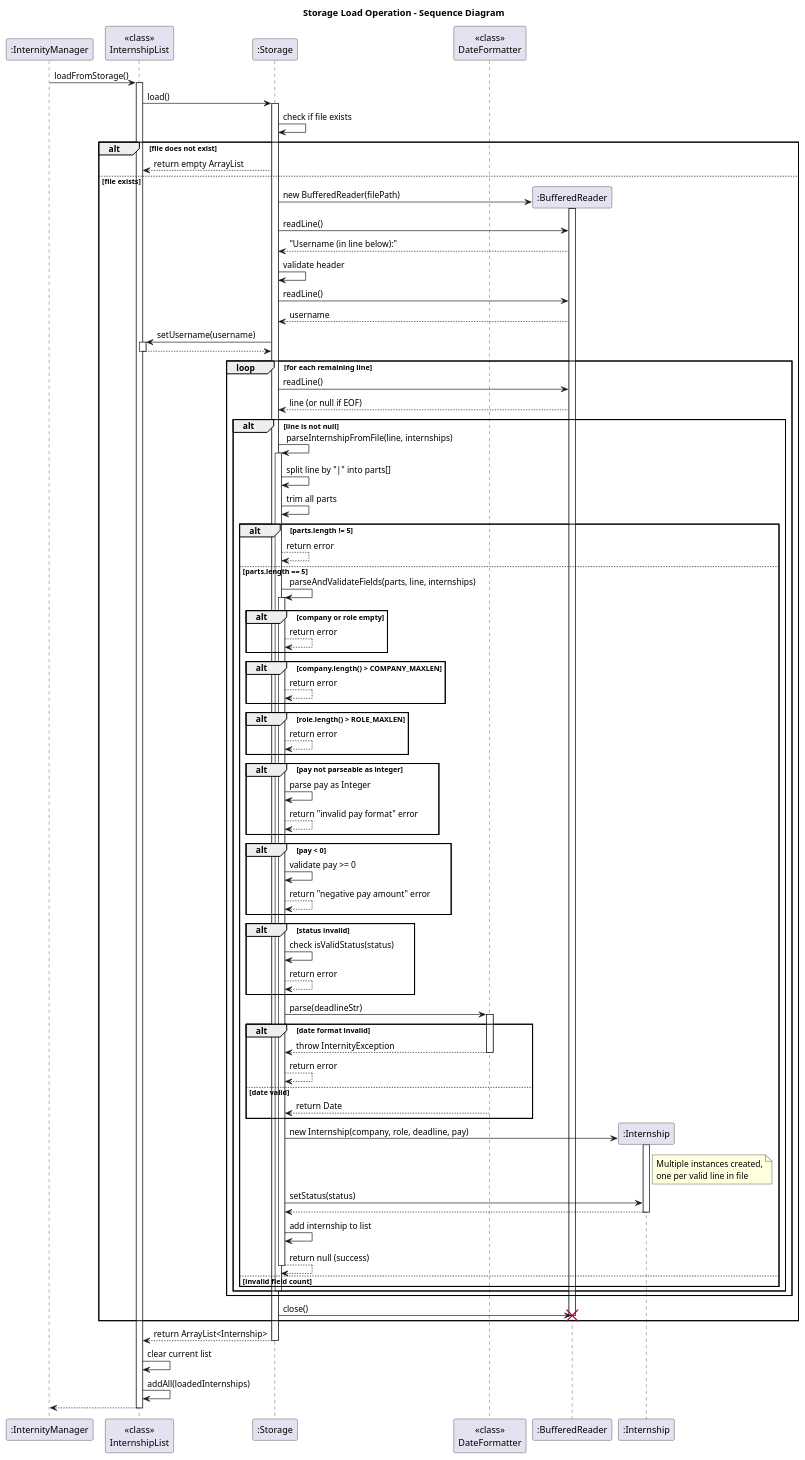
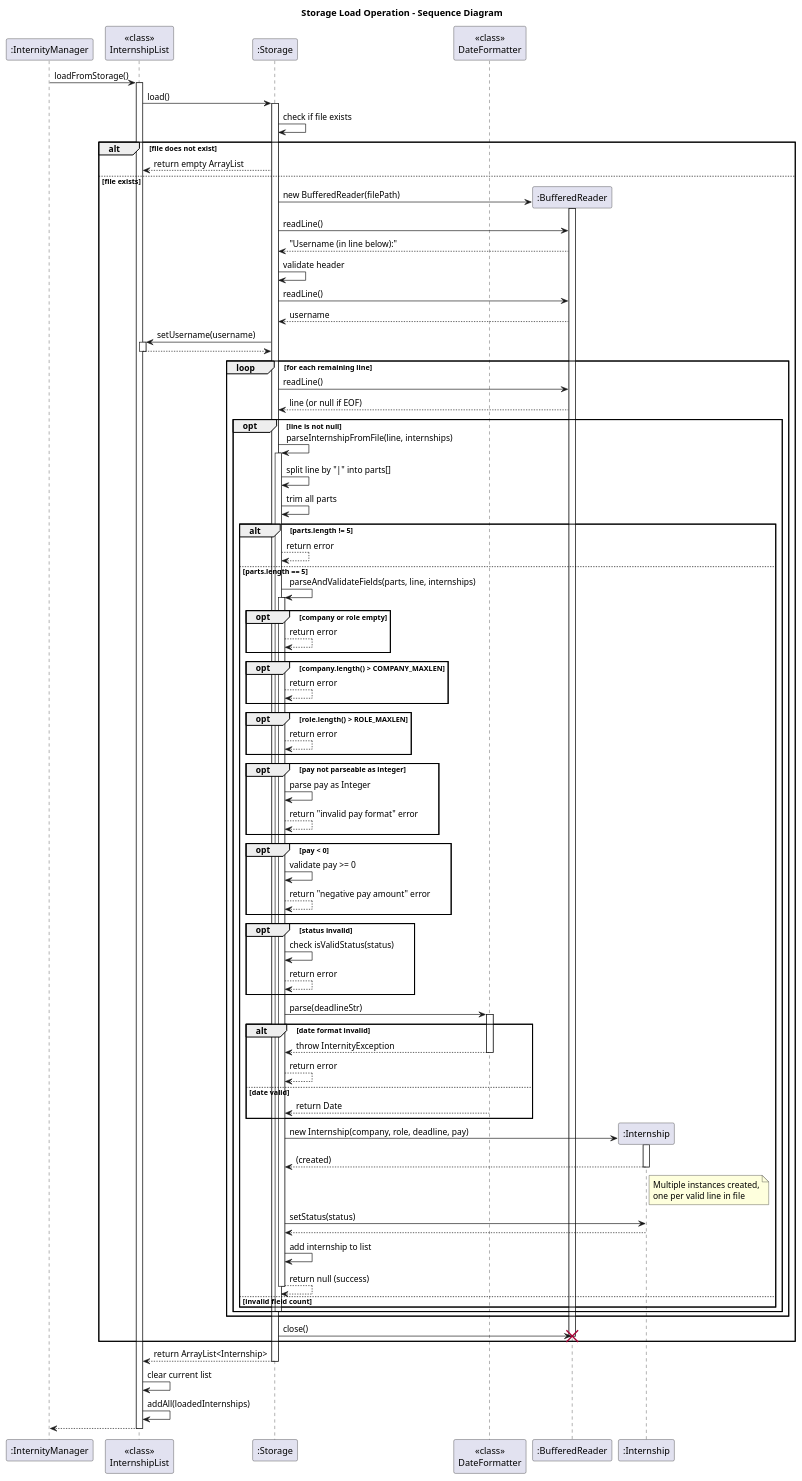
The diagram in docs/diagrams/StorageLoadSD.puml (AY2526S1-CS2113-W14-4/tp), drawn with PlantUML before and after one commit. The commit also changed 3 other files, not shown here.

Commit message:
Update storage UML

```diff
--- a/docs/diagrams/StorageLoadSD.puml
+++ b/docs/diagrams/StorageLoadSD.puml
@@ -1,125 +1,126 @@
 @startuml
 title Storage Load Operation - Sequence Diagram
 
 participant ":InternityManager" as IM
 participant "<<class>>\nInternshipList" as IL
 participant ":Storage" as S
 participant "<<class>>\nDateFormatter" as DF
 
 IM -> IL: loadFromStorage()
 activate IL
 
 IL -> S: load()
 activate S
 
 S -> S: check if file exists
 alt file does not exist
     S --> IL: return empty ArrayList
 else file exists
     create ":BufferedReader" as BR
     S -> BR**: new BufferedReader(filePath)
     activate BR
 
     S -> BR: readLine()
     BR --> S: "Username (in line below):"
 
     S -> S: validate header
 
     S -> BR: readLine()
     BR --> S: username
 
     S -> IL: setUsername(username)
     activate IL
     IL --> S:
     deactivate IL
 
     loop for each remaining line
         S -> BR: readLine()
         BR --> S: line (or null if EOF)
 
-        alt line is not null
+        opt line is not null
             S -> S: parseInternshipFromFile(line, internships)
             activate S
 
             S -> S: split line by "|" into parts[]
             S -> S: trim all parts
 
             alt parts.length != 5
                 S --> S: return error
             else parts.length == 5
                 S -> S: parseAndValidateFields(parts, line, internships)
                 activate S
 
-                alt company or role empty
+                opt company or role empty
                     S --> S: return error
                 end
 
-                alt company.length() > COMPANY_MAXLEN
+                opt company.length() > COMPANY_MAXLEN
                     S --> S: return error
                 end
 
-                alt role.length() > ROLE_MAXLEN
+                opt role.length() > ROLE_MAXLEN
                     S --> S: return error
                 end
 
-                alt pay not parseable as integer
+                opt pay not parseable as integer
                     S -> S: parse pay as Integer
                     S --> S: return "invalid pay format" error
                 end
 
-                alt pay < 0
+                opt pay < 0
                     S -> S: validate pay >= 0
                     S --> S: return "negative pay amount" error
                 end
 
-                alt status invalid
+                opt status invalid
                     S -> S: check isValidStatus(status)
                     S --> S: return error
                 end
 
                 S -> DF: parse(deadlineStr)
                 activate DF
                 alt date format invalid
                     DF --> S: throw InternityException
                     deactivate DF
                     S --> S: return error
                 else date valid
                     DF --> S: return Date
                     deactivate DF
                 end
 
                 create ":Internship" as Intern
                 S -> Intern**: new Internship(company, role, deadline, pay)
                 activate Intern
+                return (created)
                 note right of Intern: Multiple instances created,\none per valid line in file
 
                 S -> Intern: setStatus(status)
                 Intern --> S:
                 deactivate Intern
 
                 S -> S: add internship to list
                 S --> S: return null (success)
 
                 deactivate S
             else invalid field count
             end
 
             deactivate S
         end
     end
 
     S -> BR: close()
     deactivate BR
     destroy BR
 end
 
 S --> IL: return ArrayList<Internship>
 deactivate S
 
 IL -> IL: clear current list
 IL -> IL: addAll(loadedInternships)
 
 IL --> IM:
 deactivate IL
 
 @enduml
```
